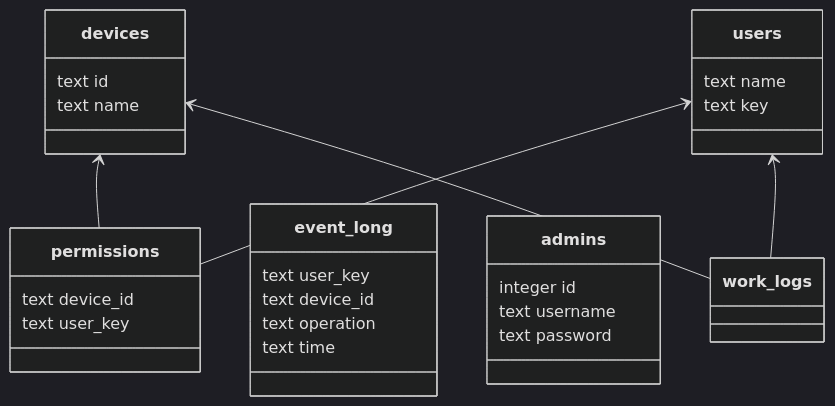
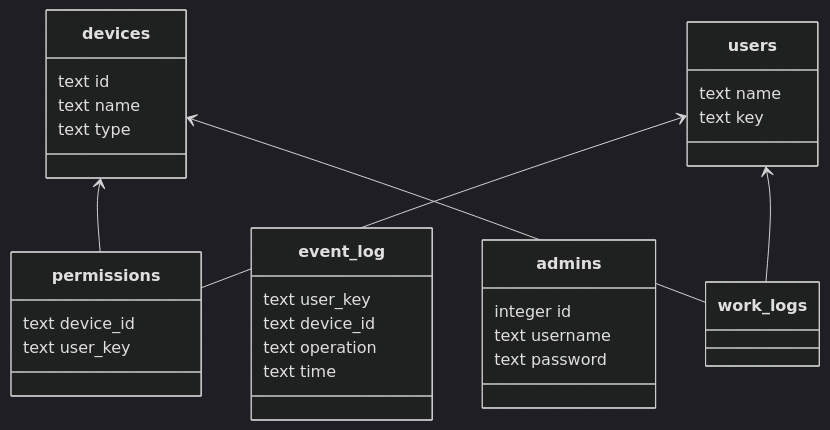
Before and after one commit to hacklabkyiv/prismo: the diagram in docs/database.md, drawn with Mermaid (dark theme). The commit also changed other lines of this file and 59 other files, not shown here.

````diff
--- a/docs/database.md
+++ b/docs/database.md
@@ -22,35 +25,36 @@
 ```mermaid
 classDiagram
     direction BT
     class devices {
         text id
         text name
+        text type
     }
     class permissions {
         text device_id
         text user_key
     }
 
     class users {
         text name
         text key
     }
 
-    class event_long {
+    class event_log {
         text user_key
         text device_id
         text operation
         text time
     }
 
     class admins {
         integer id
         text username
         text password
     }
 
     permissions --> devices
     work_logs --> devices
     work_logs --> users
     permissions --> users
 ```
````
